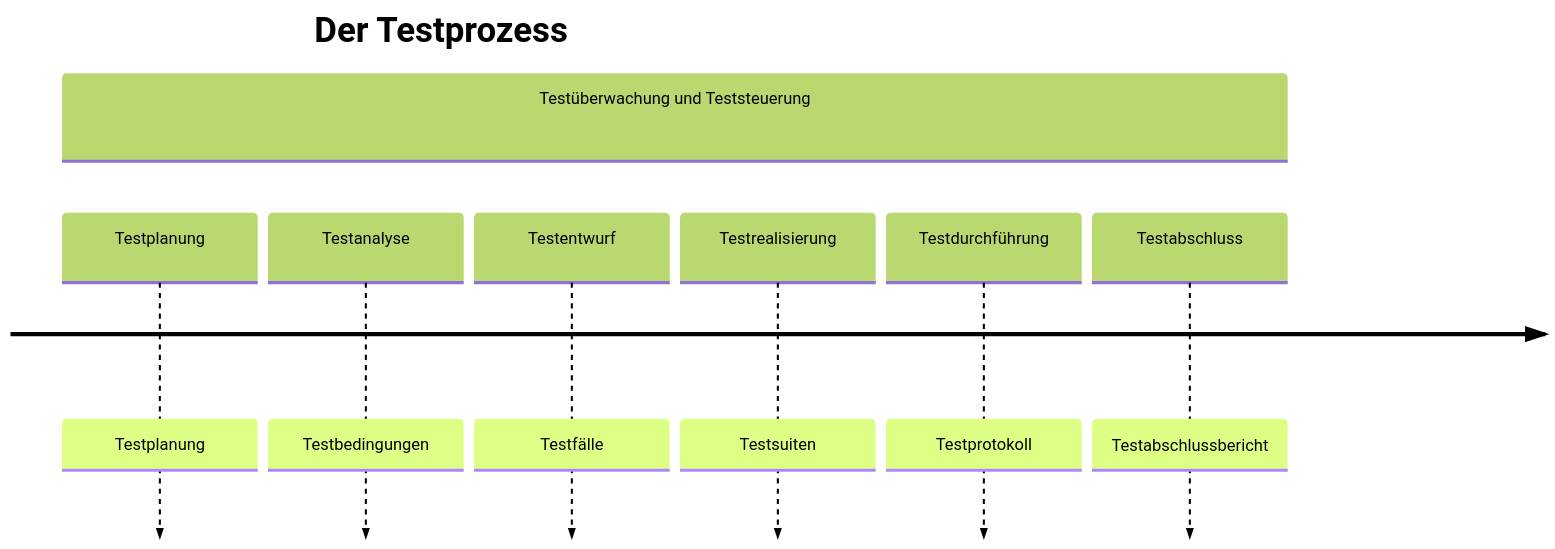
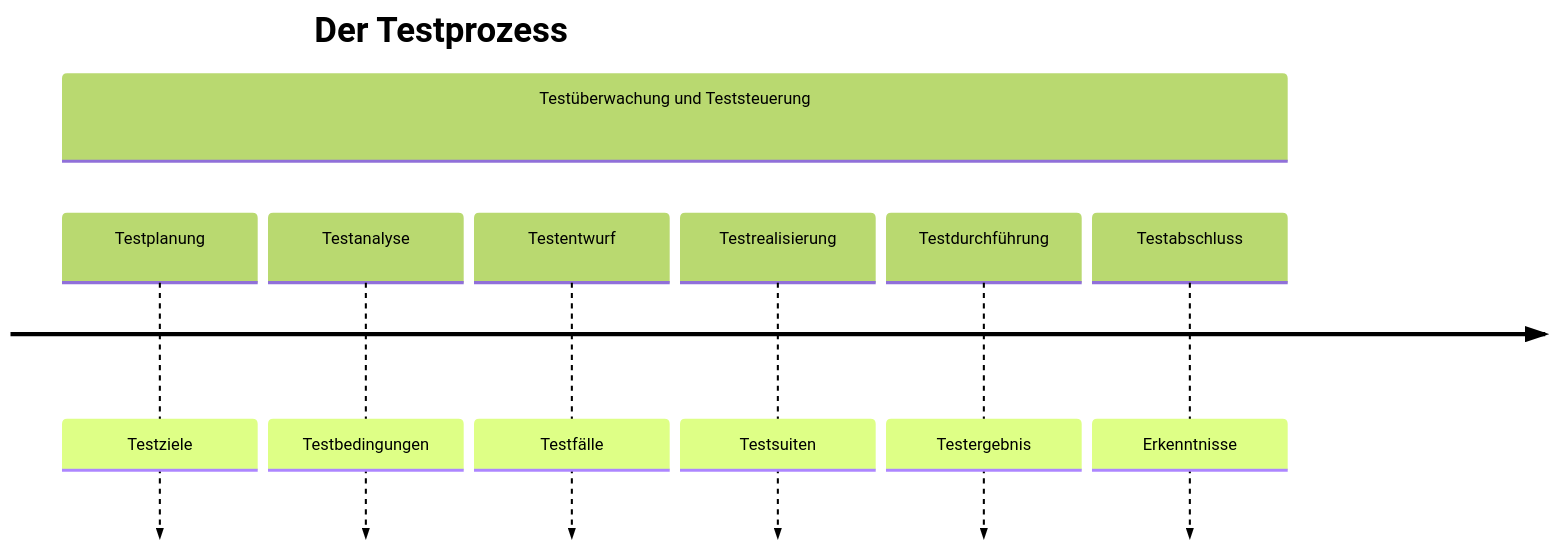
The diagram in content/theorie/testprozess.md (patrickbucher/m450.frickelbude.ch), drawn with Mermaid (forest theme) before and after one commit. The commit also changed other lines of this file, not shown here.

````diff
--- a/content/theorie/testprozess.md
+++ b/content/theorie/testprozess.md
@@ -75,11 +75,11 @@
 ```mermaid
 timeline
     title Der Testprozess
     section Testüberwachung und Teststeuerung
-        Testplanung: Testplanung
+        Testplanung: Testziele
         Testanalyse: Testbedingungen
         Testentwurf: Testfälle
         Testrealisierung: Testsuiten
-        Testdurchführung: Testprotokoll
-        Testabschluss: Testabschlussbericht
+        Testdurchführung: Testergebnis
+        Testabschluss: Erkenntnisse
 ```
````
